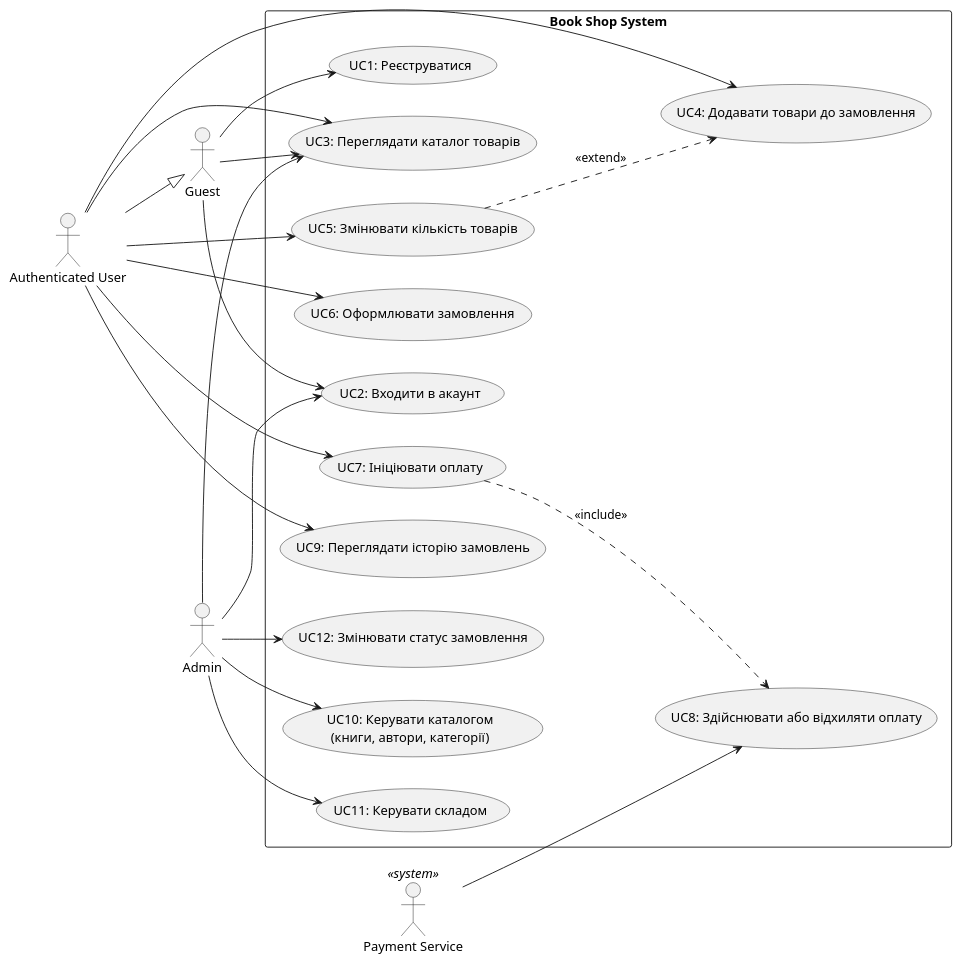
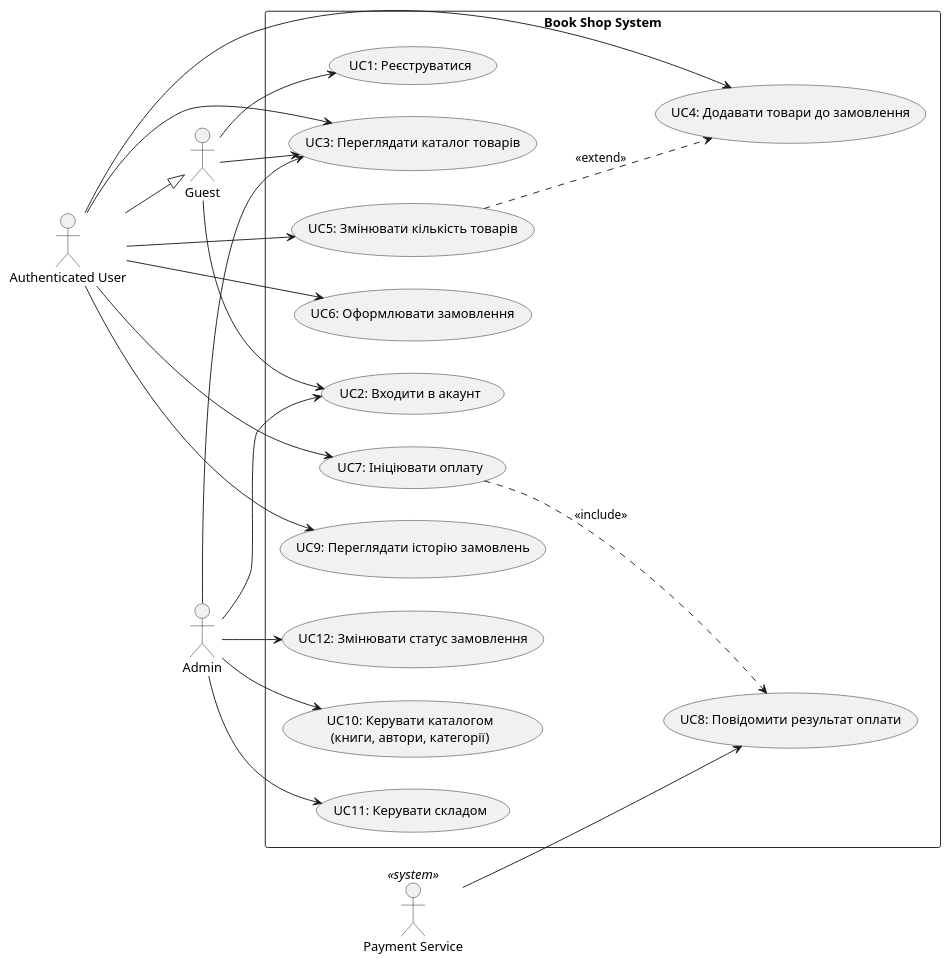
The diagram in lab2/use-case.puml (wameny/KPI2year), drawn with PlantUML before and after one commit. The commit also changed 1 other file, not shown here.

```diff
--- a/lab2/use-case.puml
+++ b/lab2/use-case.puml
@@ -1,53 +1,53 @@
 @startuml
 left to right direction
 skinparam packageStyle rectangle
 
 ' Актори
 actor "Guest" as Guest
 actor "Authenticated User" as AuthUser
 actor "Admin" as Admin
 actor "Payment Service" as PaymentService <<system>>
 
 ' Узагальнення акторів
 AuthUser --|> Guest
 
 rectangle "Book Shop System" {
     usecase "UC1: Реєструватися" as UC1
     usecase "UC2: Входити в акаунт" as UC2
     usecase "UC3: Переглядати каталог товарів" as UC3
     usecase "UC4: Додавати товари до замовлення" as UC4
     usecase "UC5: Змінювати кількість товарів" as UC5
     usecase "UC6: Оформлювати замовлення" as UC6
     usecase "UC7: Ініціювати оплату" as UC7
-    usecase "UC8: Здійснювати або відхиляти оплату" as UC8
+    usecase "UC8: Повідомити результат оплати" as UC8
     usecase "UC9: Переглядати історію замовлень" as UC9
     usecase "UC10: Керувати каталогом\n(книги, автори, категорії)" as UC10
     usecase "UC11: Керувати складом" as UC11
     usecase "UC12: Змінювати статус замовлення" as UC12
 
     ' Зв'язки між Use Cases
     UC5 ..> UC4 : <<extend>>
     UC7 ..> UC8 : <<include>>
 }
 
 ' Зв'язки акторів з Use Cases
 Guest --> UC1
 Guest --> UC2
 Guest --> UC3
 
 AuthUser --> UC3
 AuthUser --> UC4
 AuthUser --> UC5
 AuthUser --> UC6
 AuthUser --> UC7
 AuthUser --> UC9
 
 Admin --> UC2
 Admin --> UC3
 Admin --> UC10
 Admin --> UC11
 Admin --> UC12
 
 PaymentService --> UC8
 
 @enduml
```
